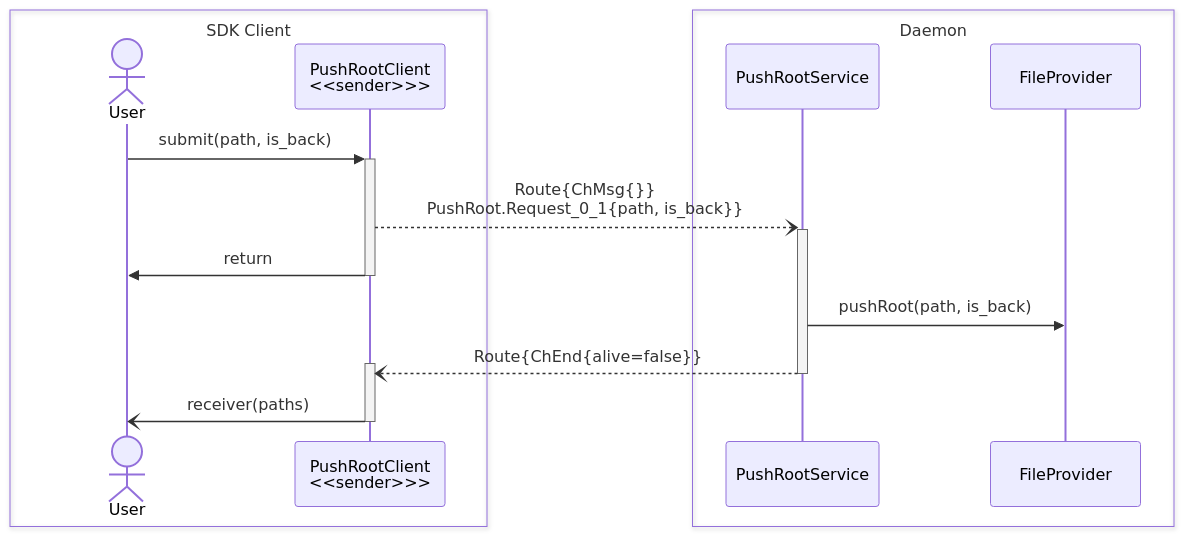
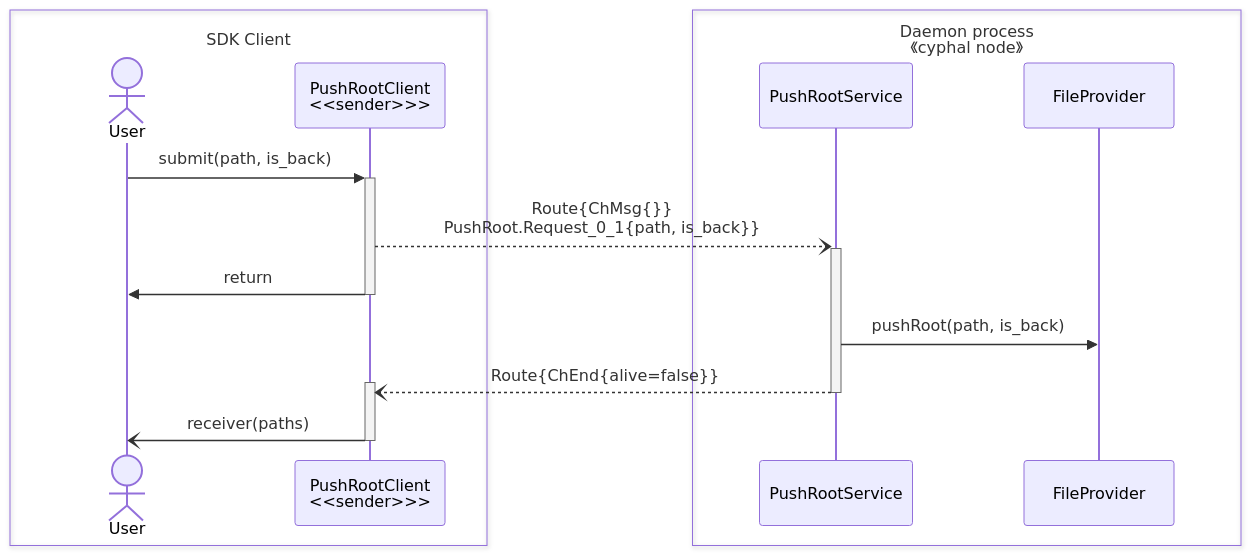
One commit to OpenCyphal-Garage/ocvsmd changed the eighth of 8 diagrams in docs/svc_design.md. Above: the diagram before and after it, drawn with Mermaid. The commit also changed other lines of this file and 1 other file, not shown here.

Commit message:
Described firmware update sequence

````diff
--- a/docs/svc_design.md
+++ b/docs/svc_design.md
@@ -561,25 +561,25 @@
 ```mermaid
 sequenceDiagram
     actor User
     participant PushRootClient as PushRootClient<br/><<sender>>>
     participant PushRootService
     participant FileProvider
 
     User ->>+ PushRootClient: submit(path, is_back)
     PushRootClient --)+ PushRootService: Route{ChMsg{}}<br/>PushRoot.Request_0_1{path, is_back}}
     PushRootClient ->>- User : return
     
     PushRootService ->> FileProvider: pushRoot(path, is_back)
     PushRootService --)+ PushRootClient: Route{ChEnd{alive=false}}
     deactivate PushRootService
     PushRootClient -)- User: receiver(paths)
     
     box SDK Client
         actor User
         participant PushRootClient
     end
-    box Daemon
+    box Daemon process<br/>《cyphal node》
         participant PushRootService
         participant FileProvider
     end    
 ```
````
